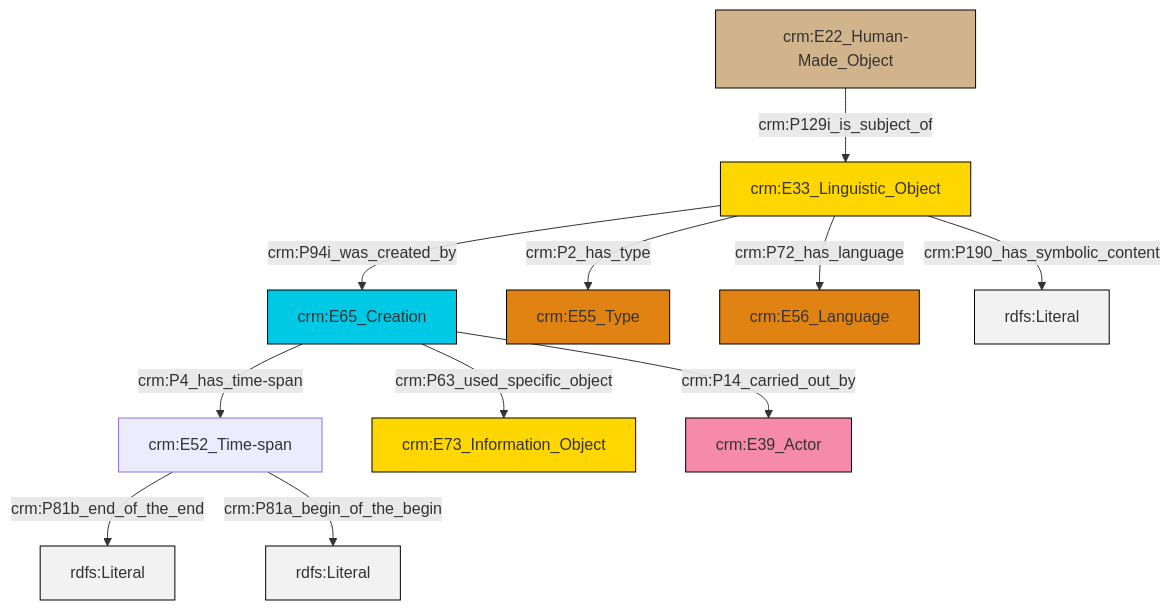
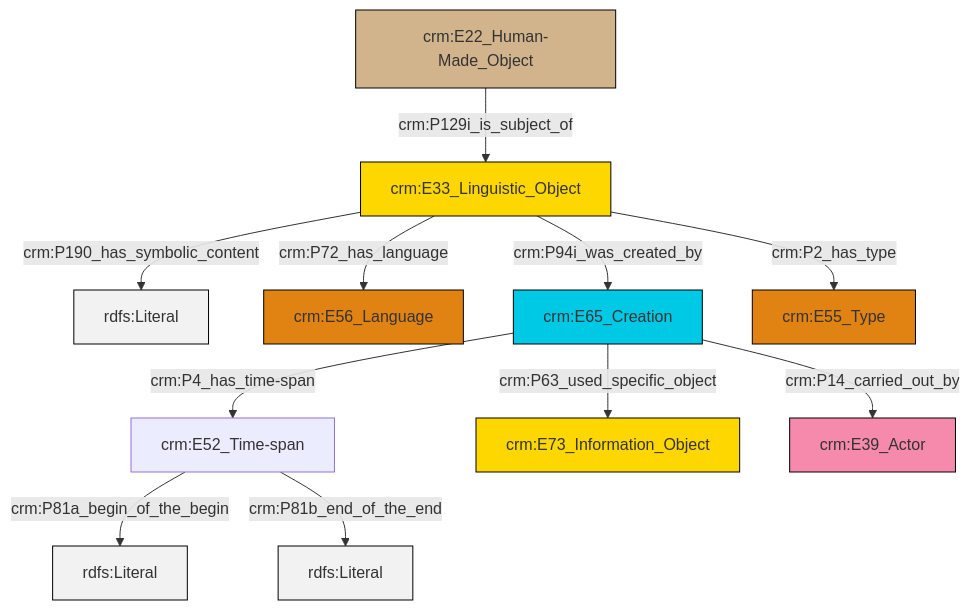
One commit to swiss-art-research-net/docs.swissartresearch changed the diagram in et/carrierCSV/ttl/mmd/carrier_description.ttl.mmd. Above: the diagram before and after it, drawn with Mermaid. The commit also changed 204 other files, not shown here.

```diff
--- a/et/carrierCSV/ttl/mmd/carrier_description.ttl.mmd
+++ b/et/carrierCSV/ttl/mmd/carrier_description.ttl.mmd
@@ -1,25 +1,25 @@
 graph TD
 classDef Literal fill:#f2f2f2,stroke:#000000;
 classDef CRM_Entity fill:#FFFFFF,stroke:#000000;
 classDef Temporal_Entity fill:#00C9E6, stroke:#000000;
 classDef Type fill:#E18312, stroke:#000000;
 classDef Time-Span fill:#2C9C91, stroke:#000000;
 classDef Appellation fill:#FFEB7F, stroke:#000000;
 classDef Place fill:#008836, stroke:#000000;
 classDef Persistent_Item fill:#B266B2, stroke:#000000;
 classDef Conceptual_Object fill:#FFD700, stroke:#000000;
 classDef Physical_Thing fill:#D2B48C, stroke:#000000;
 classDef Actor fill:#f58aad, stroke:#000000;
 classDef PC_Classes fill:#4ce600, stroke:#000000;
 classDef Multi fill:#cccccc,stroke:#000000;
 
-0["crm:E52_Time-span"]:::Default -->|crm:P81b_end_of_the_end| 1[rdfs:Literal]:::Literal
-2["crm:E65_Creation"]:::Temporal_Entity -->|crm:P63_used_specific_object| 3["crm:E73_Information_Object"]:::Conceptual_Object
-2["crm:E65_Creation"]:::Temporal_Entity -->|crm:P4_has_time-span| 0["crm:E52_Time-span"]:::Default
-7["crm:E33_Linguistic_Object"]:::Conceptual_Object -->|crm:P2_has_type| 8["crm:E55_Type"]:::Type
-7["crm:E33_Linguistic_Object"]:::Conceptual_Object -->|crm:P72_has_language| 9["crm:E56_Language"]:::Type
-7["crm:E33_Linguistic_Object"]:::Conceptual_Object -->|crm:P190_has_symbolic_content| 11[rdfs:Literal]:::Literal
-7["crm:E33_Linguistic_Object"]:::Conceptual_Object -->|crm:P94i_was_created_by| 2["crm:E65_Creation"]:::Temporal_Entity
-0["crm:E52_Time-span"]:::Default -->|crm:P81a_begin_of_the_begin| 18[rdfs:Literal]:::Literal
-12["crm:E22_Human-Made_Object"]:::Physical_Thing -->|crm:P129i_is_subject_of| 7["crm:E33_Linguistic_Object"]:::Conceptual_Object
-2["crm:E65_Creation"]:::Temporal_Entity -->|crm:P14_carried_out_by| 5["crm:E39_Actor"]:::Actor
+0["crm:E33_Linguistic_Object"]:::Conceptual_Object -->|crm:P190_has_symbolic_content| 1[rdfs:Literal]:::Literal
+2["crm:E52_Time-span"]:::Default -->|crm:P81a_begin_of_the_begin| 3[rdfs:Literal]:::Literal
+2["crm:E52_Time-span"]:::Default -->|crm:P81b_end_of_the_end| 8[rdfs:Literal]:::Literal
+15["crm:E22_Human-Made_Object"]:::Physical_Thing -->|crm:P129i_is_subject_of| 0["crm:E33_Linguistic_Object"]:::Conceptual_Object
+0["crm:E33_Linguistic_Object"]:::Conceptual_Object -->|crm:P72_has_language| 4["crm:E56_Language"]:::Type
+11["crm:E65_Creation"]:::Temporal_Entity -->|crm:P14_carried_out_by| 9["crm:E39_Actor"]:::Actor
+11["crm:E65_Creation"]:::Temporal_Entity -->|crm:P63_used_specific_object| 6["crm:E73_Information_Object"]:::Conceptual_Object
+0["crm:E33_Linguistic_Object"]:::Conceptual_Object -->|crm:P2_has_type| 13["crm:E55_Type"]:::Type
+11["crm:E65_Creation"]:::Temporal_Entity -->|crm:P4_has_time-span| 2["crm:E52_Time-span"]:::Default
+0["crm:E33_Linguistic_Object"]:::Conceptual_Object -->|crm:P94i_was_created_by| 11["crm:E65_Creation"]:::Temporal_Entity
```
